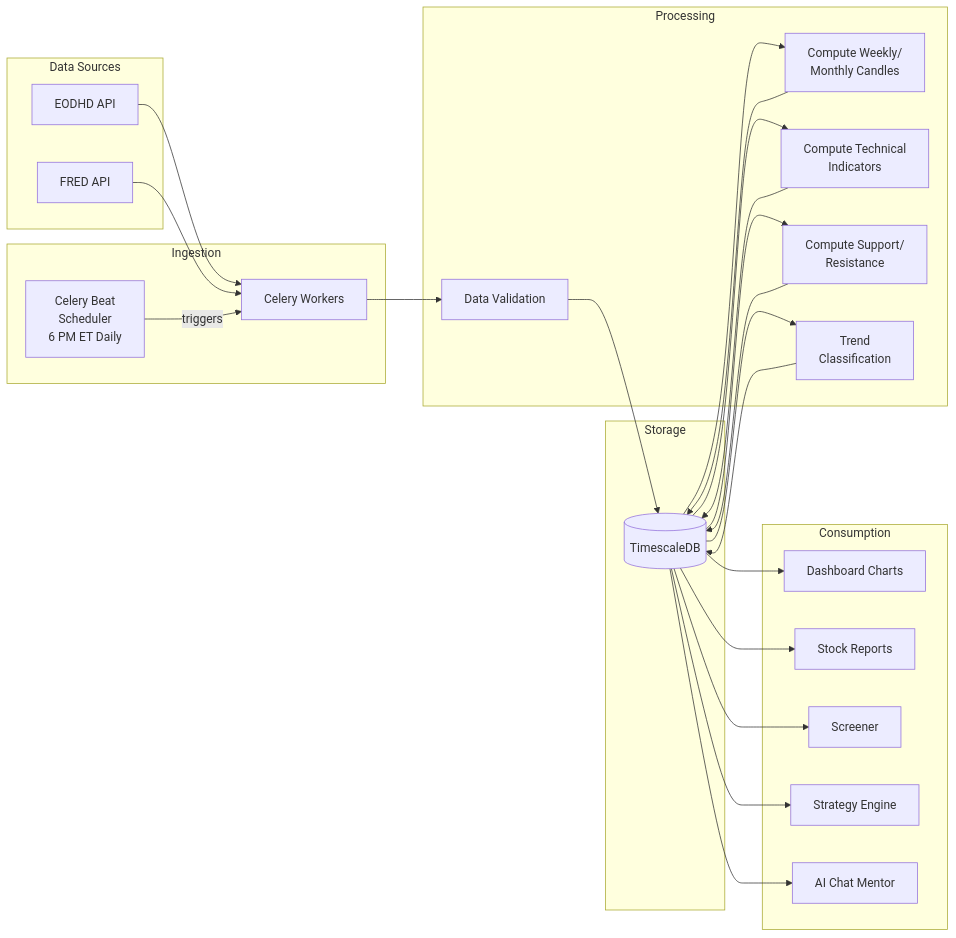
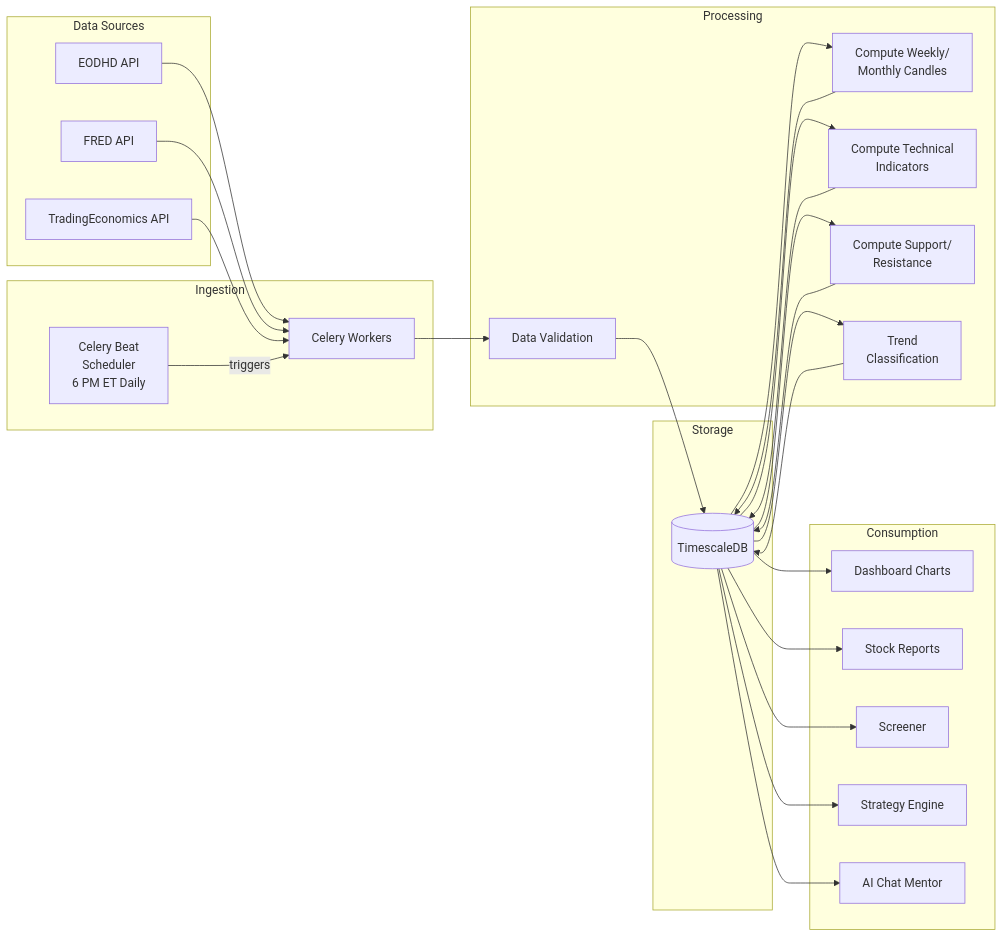
One commit to adhyarth/PraxiAlpha changed the second of 4 diagrams in DESIGN_DOC.md. Above: the diagram before and after it, drawn with Mermaid. The commit also changed other lines of this file and 21 other files, not shown here.

First line of the commit message:
feat(data-pipeline): add economic calendar awareness with TradingEconomics integration (#3)

````diff
--- a/DESIGN_DOC.md
+++ b/DESIGN_DOC.md
@@ -1265,51 +1320,53 @@
 ```mermaid
 flowchart LR
     subgraph "Data Sources"
         A1[EODHD API] 
         A2[FRED API]
+        A3[TradingEconomics API]
     end
 
     subgraph "Ingestion"
         B1[Celery Beat<br/>Scheduler<br/>6 PM ET Daily]
         B2[Celery Workers]
     end
 
     subgraph "Processing"
         C1[Data Validation]
         C2[Compute Weekly/<br/>Monthly Candles]
         C3[Compute Technical<br/>Indicators]
         C4[Compute Support/<br/>Resistance]
         C5[Trend<br/>Classification]
     end
 
     subgraph "Storage"
         D1[(TimescaleDB)]
     end
 
     subgraph "Consumption"
         E1[Dashboard Charts]
         E2[Stock Reports]
         E3[Screener]
         E4[Strategy Engine]
         E5[AI Chat Mentor]
     end
 
     A1 --> B2
     A2 --> B2
+    A3 --> B2
     B1 -->|triggers| B2
     B2 --> C1
     C1 --> D1
     D1 --> C2
     D1 --> C3
     D1 --> C4
     D1 --> C5
     C2 --> D1
     C3 --> D1
     C4 --> D1
     C5 --> D1
     D1 --> E1
     D1 --> E2
     D1 --> E3
     D1 --> E4
     D1 --> E5
 ```
````
